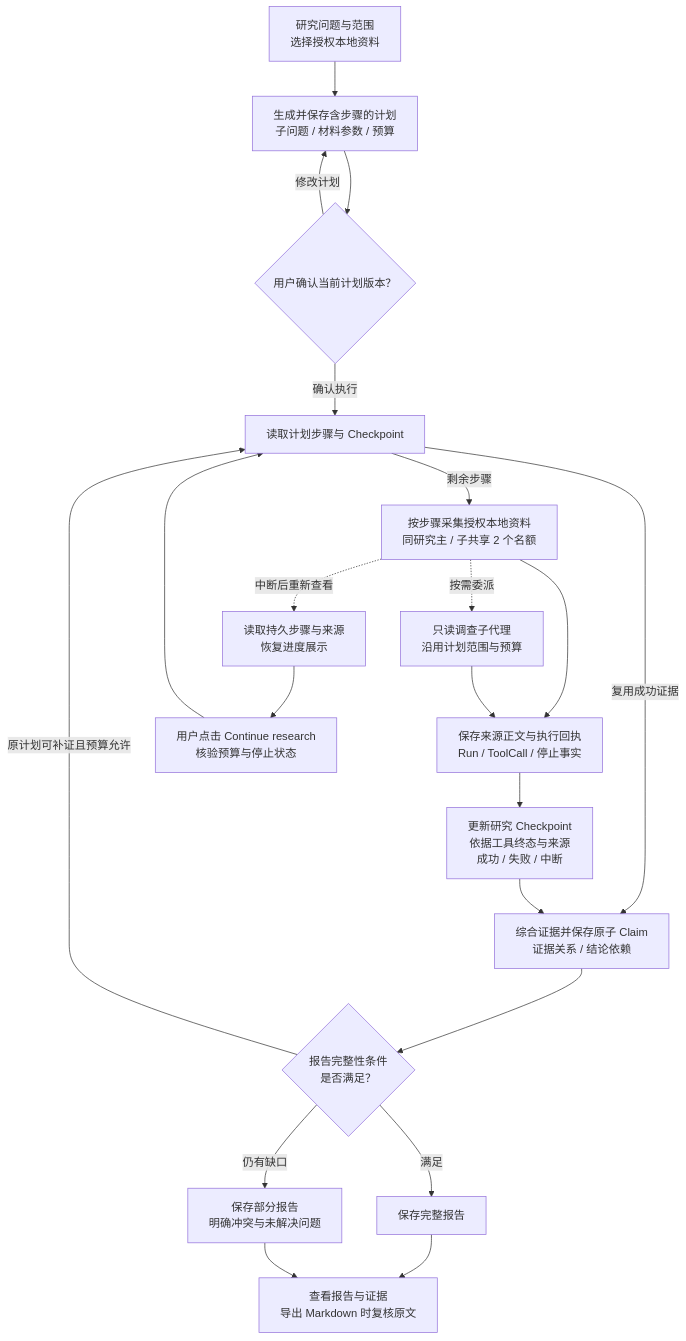
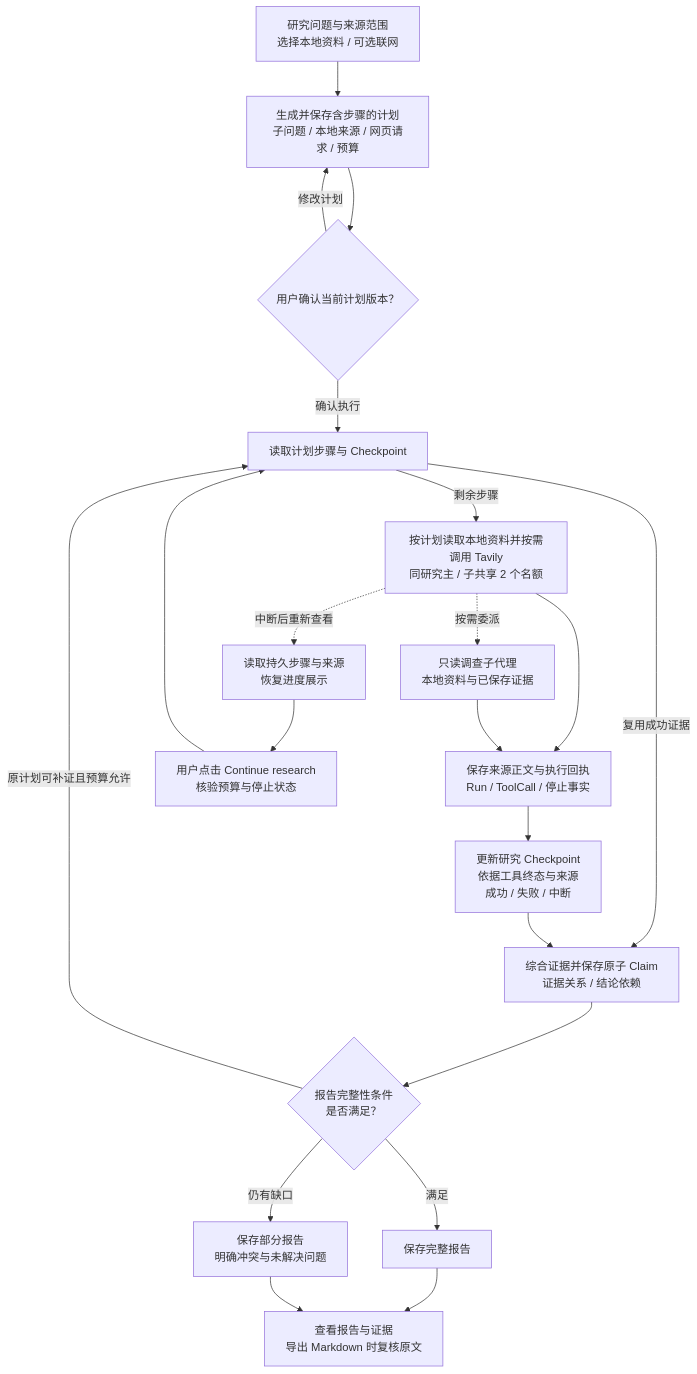
Before and after one commit to ChaoDiDiaoAA/Flowmate: the second of 7 diagrams in README.md, drawn with Mermaid. The commit also changed other lines of this file and 15 other files, not shown here.

````diff
--- a/README.md
+++ b/README.md
@@ -90,23 +90,23 @@
 ```mermaid
 flowchart TB
-  Question["研究问题与范围<br/>选择授权本地资料"] --> Plan["生成并保存含步骤的计划<br/>子问题 / 材料参数 / 预算"]
+  Question["研究问题与来源范围<br/>选择本地资料 / 可选联网"] --> Plan["生成并保存含步骤的计划<br/>子问题 / 本地来源 / 网页请求 / 预算"]
   Plan --> Confirm{"用户确认当前计划版本？"}
   Confirm -->|"修改计划"| Plan
   Confirm -->|"确认执行"| Steps["读取计划步骤与 Checkpoint"]
-  Steps -->|"剩余步骤"| Collect["按步骤采集授权本地资料<br/>同研究主 / 子共享 2 个名额"]
+  Steps -->|"剩余步骤"| Collect["按计划读取本地资料并按需调用 Tavily<br/>同研究主 / 子共享 2 个名额"]
   Collect --> Receipts["保存来源正文与执行回执<br/>Run / ToolCall / 停止事实"]
-  Collect -.->|"按需委派"| Investigator["只读调查子代理<br/>沿用计划范围与预算"]
+  Collect -.->|"按需委派"| Investigator["只读调查子代理<br/>本地资料与已保存证据"]
   Investigator --> Receipts
   Receipts --> Checkpoint["更新研究 Checkpoint<br/>依据工具终态与来源<br/>成功 / 失败 / 中断"]
   Steps -->|"复用成功证据"| Claims["综合证据并保存原子 Claim<br/>证据关系 / 结论依赖"]
   Checkpoint --> Claims
   Claims --> Coverage{"报告完整性条件<br/>是否满足？"}
   Coverage -->|"满足"| Full["保存完整报告"]
   Coverage -->|"原计划可补证且预算允许"| Steps
   Coverage -->|"仍有缺口"| Partial["保存部分报告<br/>明确冲突与未解决问题"]
   Full --> Deliver["查看报告与证据<br/>导出 Markdown 时复核原文"]
   Partial --> Deliver
   Collect -.->|"中断后重新查看"| Restore["读取持久步骤与来源<br/>恢复进度展示"]
   Restore --> Continue["用户点击 Continue research<br/>核验预算与停止状态"]
   Continue --> Steps
 ```
````
